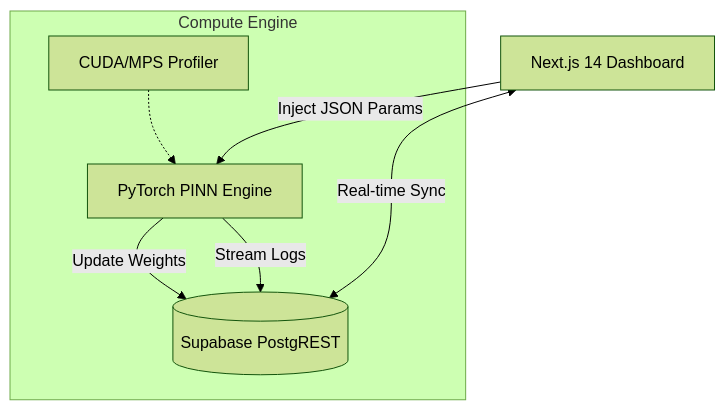
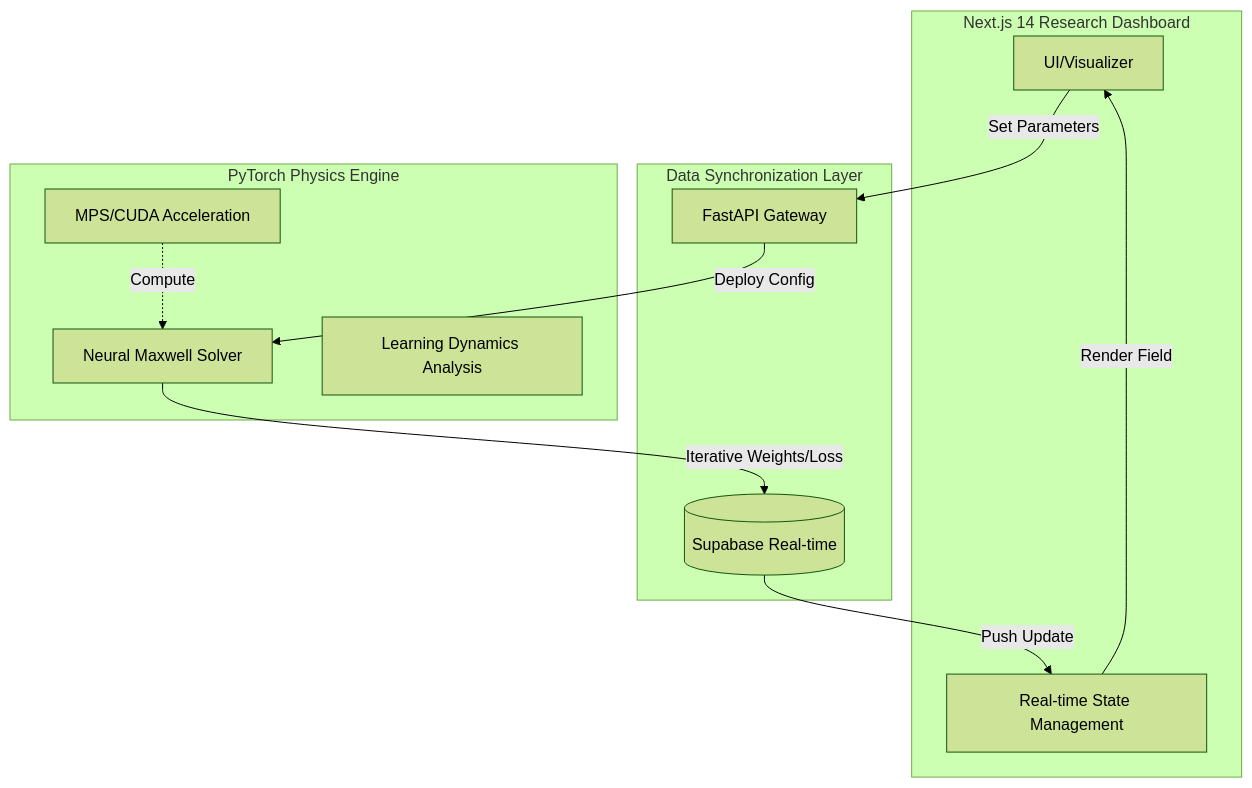
Before and after one commit to Haeseong-Kwon/PINN-WaveLab: the diagram in README.md, drawn with Mermaid (forest theme). The commit also changed other lines of this file, not shown here.

````diff
--- a/README.md
+++ b/README.md
@@ -46,10 +44,25 @@
 ```mermaid
 graph TD
-    UI[Next.js 14 Dashboard] <--> |Real-time Sync| DB[(Supabase PostgREST)]
-    subgraph Compute Engine
-        Solver[PyTorch PINN Engine] --> |Stream Logs| DB
-        Solver --> |Update Weights| DB
-        Monitor[CUDA/MPS Profiler] -.-> Solver
+    subgraph Client_Interface[Next.js 14 Research Dashboard]
+        UI[UI/Visualizer]
+        State[Real-time State Management]
     end
-    UI -- "Inject JSON Params" --> Solver
+
+    subgraph Middleware[Data Synchronization Layer]
+        S_Realtime[(Supabase Real-time)]
+        API[FastAPI Gateway]
+    end
+
+    subgraph Compute_Engine[PyTorch Physics Engine]
+        Solver[Neural Maxwell Solver]
+        Accel[MPS/CUDA Acceleration]
+        Analysis[Learning Dynamics Analysis]
+    end
+
+    UI -->|Set Parameters| API
+    API -->|Deploy Config| Solver
+    Solver -->|Iterative Weights/Loss| S_Realtime
+    S_Realtime -->|Push Update| State
+    State -->|Render Field| UI
+    Accel -.->|Compute| Solver
 ```
````
